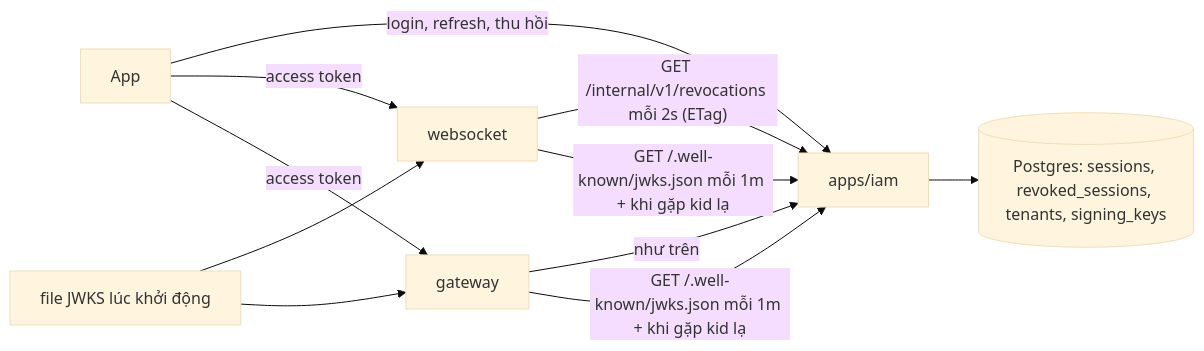
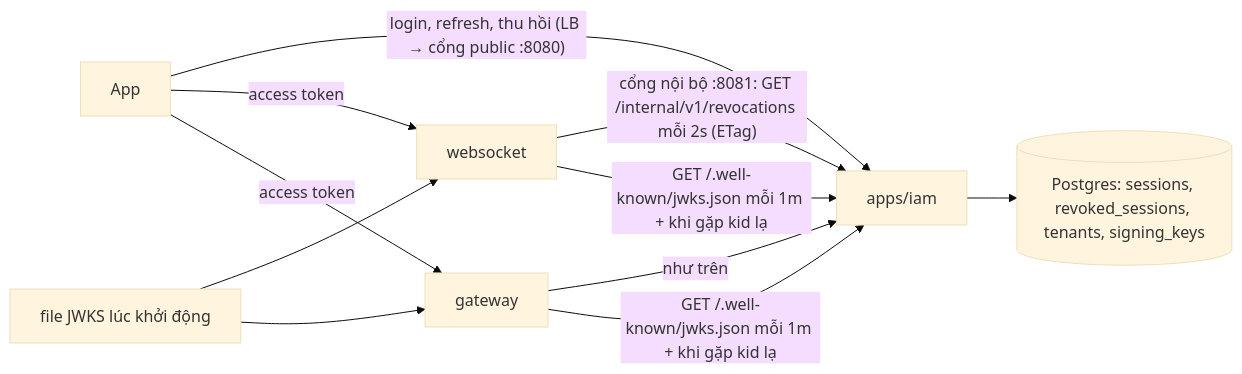
The first of 2 diagrams in docs/plans/2026-10-27-m6-2-thu-hoi-toi-node-summary.md (ivannguyendev/chatim), drawn with Mermaid (base theme) before and after one commit. The commit also changed other lines of this file, not shown here.

First line of the commit message:
docs(m6): split iam internal port in part 2 summary

````diff
--- a/docs/plans/2026-10-27-m6-2-thu-hoi-toi-node-summary.md
+++ b/docs/plans/2026-10-27-m6-2-thu-hoi-toi-node-summary.md
@@ -54,10 +56,10 @@
 ```mermaid
 flowchart LR
-  App[App] -->|login, refresh, thu hồi| IAM[apps/iam]
+  App[App] -->|"login, refresh, thu hồi (LB → cổng public :8080)"| IAM[apps/iam]
   IAM --> PG[(Postgres: sessions, revoked_sessions, tenants, signing_keys)]
-  WS[websocket] -->|"GET /internal/v1/revocations mỗi 2s (ETag)"| IAM
+  WS[websocket] -->|"cổng nội bộ :8081: GET /internal/v1/revocations mỗi 2s (ETag)"| IAM
   GW[gateway] -->|như trên| IAM
   WS & GW -->|"GET /.well-known/jwks.json mỗi 1m + khi gặp kid lạ"| IAM
   File[file JWKS lúc khởi động] --> WS & GW
   App -->|access token| WS & GW
 ```
````
